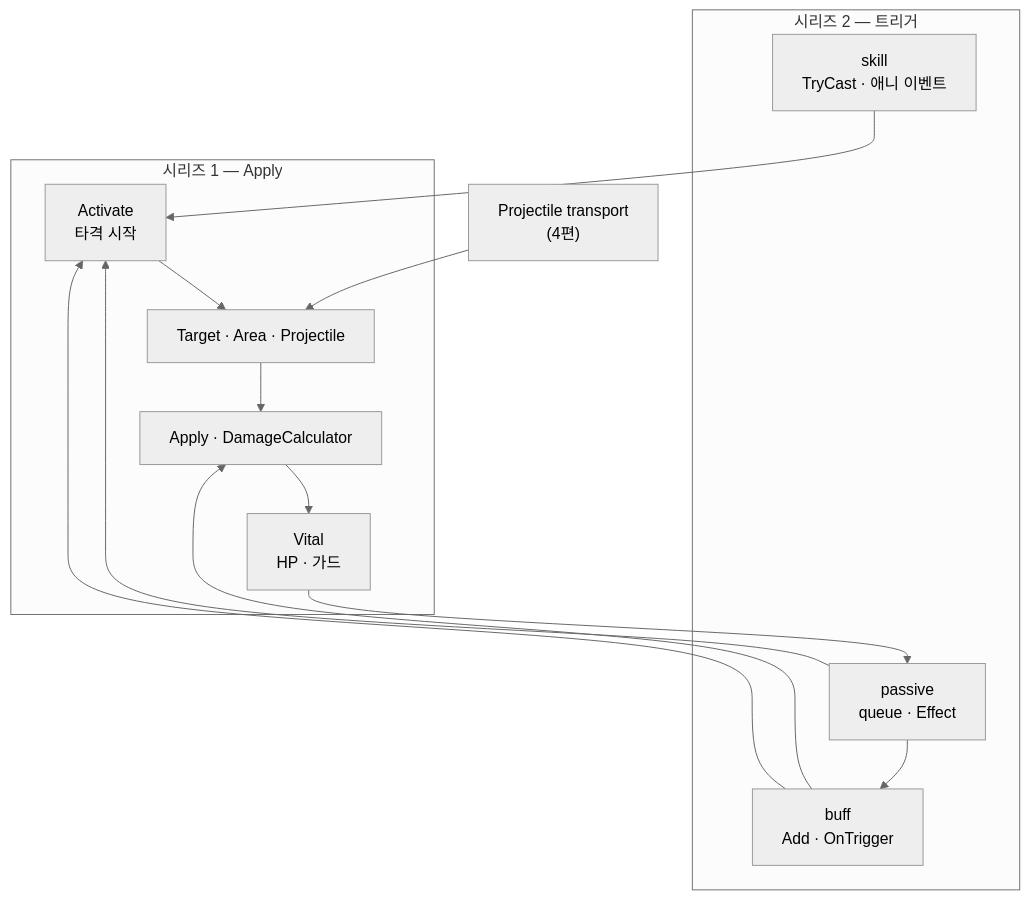
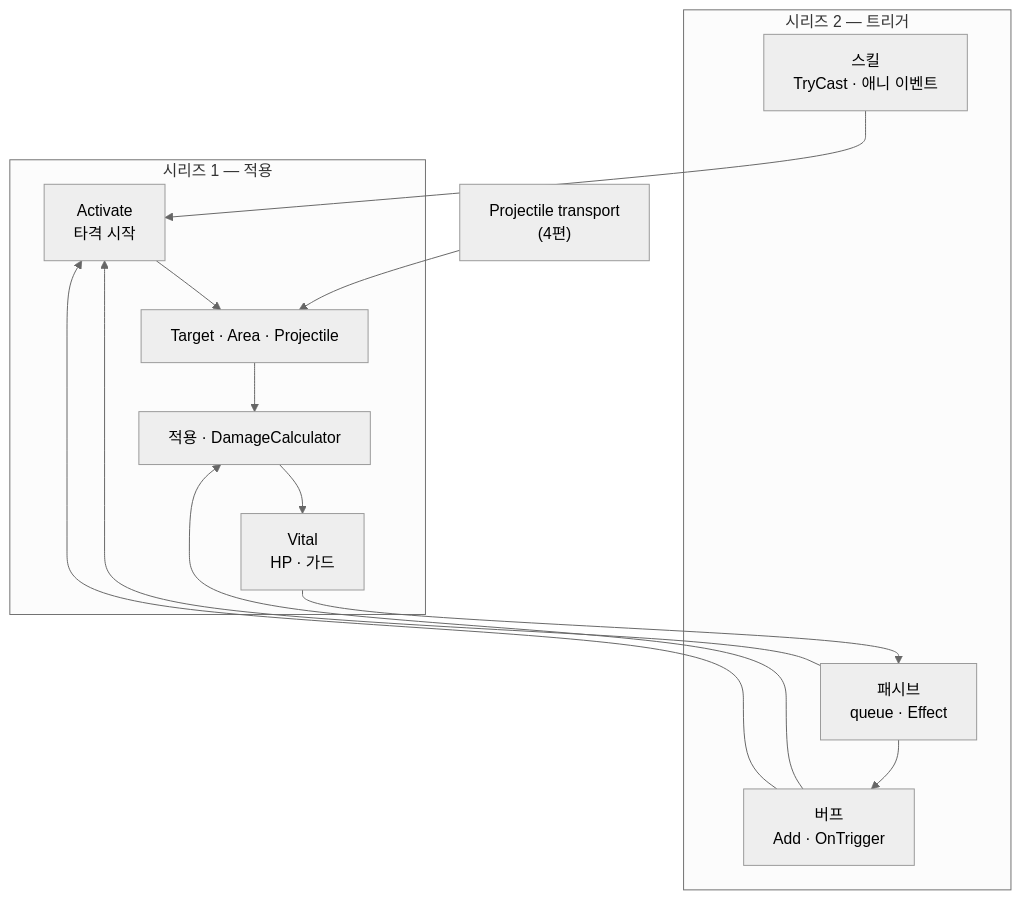
The diagram in notes/dragon-combat-one-hit.md (monet5379/monet5379.github.io), drawn with Mermaid (neutral theme) before and after one commit. The commit also changed other lines of this file and 27 other files, not shown here.

````diff
--- a/notes/dragon-combat-one-hit.md
+++ b/notes/dragon-combat-one-hit.md
@@ -34,24 +34,24 @@
 ```mermaid
 flowchart TD
   subgraph S2["시리즈 2 — 트리거"]
-    SK["skill<br/>TryCast · 애니 이벤트"]
-    BF["buff<br/>Add · OnTrigger"]
-    PS["passive<br/>queue · Effect"]
+    SK["스킬<br/>TryCast · 애니 이벤트"]
+    BF["버프<br/>Add · OnTrigger"]
+    PS["패시브<br/>queue · Effect"]
   end
-  subgraph S1["시리즈 1 — Apply"]
+  subgraph S1["시리즈 1 — 적용"]
     ACT["Activate<br/>타격 시작"]
     FORM["Target · Area · Projectile"]
-    APP["Apply · DamageCalculator"]
+    APP["적용 · DamageCalculator"]
     VIT["Vital<br/>HP · 가드"]
   end
   SK --> ACT
   BF --> ACT
   BF --> APP
   PS --> ACT
   PS --> BF
   ACT --> FORM
   FORM --> APP
   APP --> VIT
   VIT --> PS
   PJ["Projectile transport<br/>(4편)"] --> FORM
 ```
````
